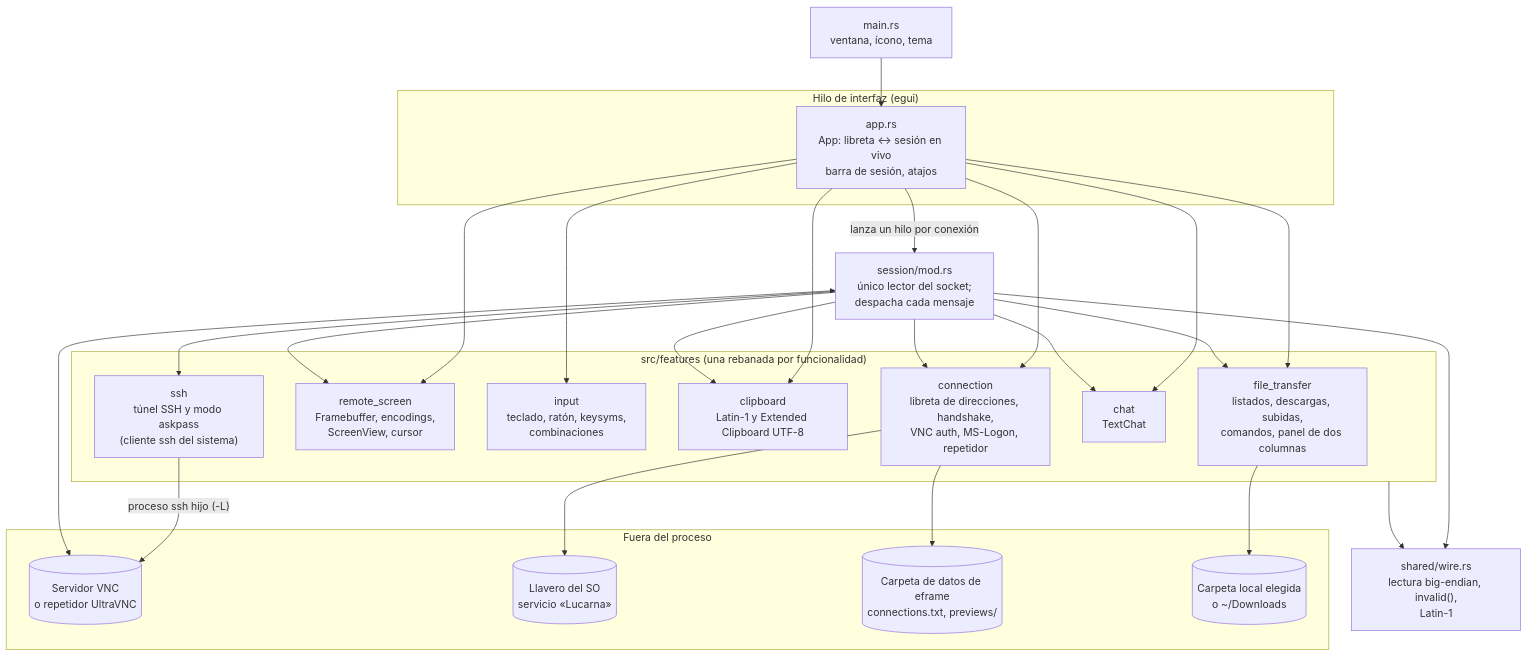
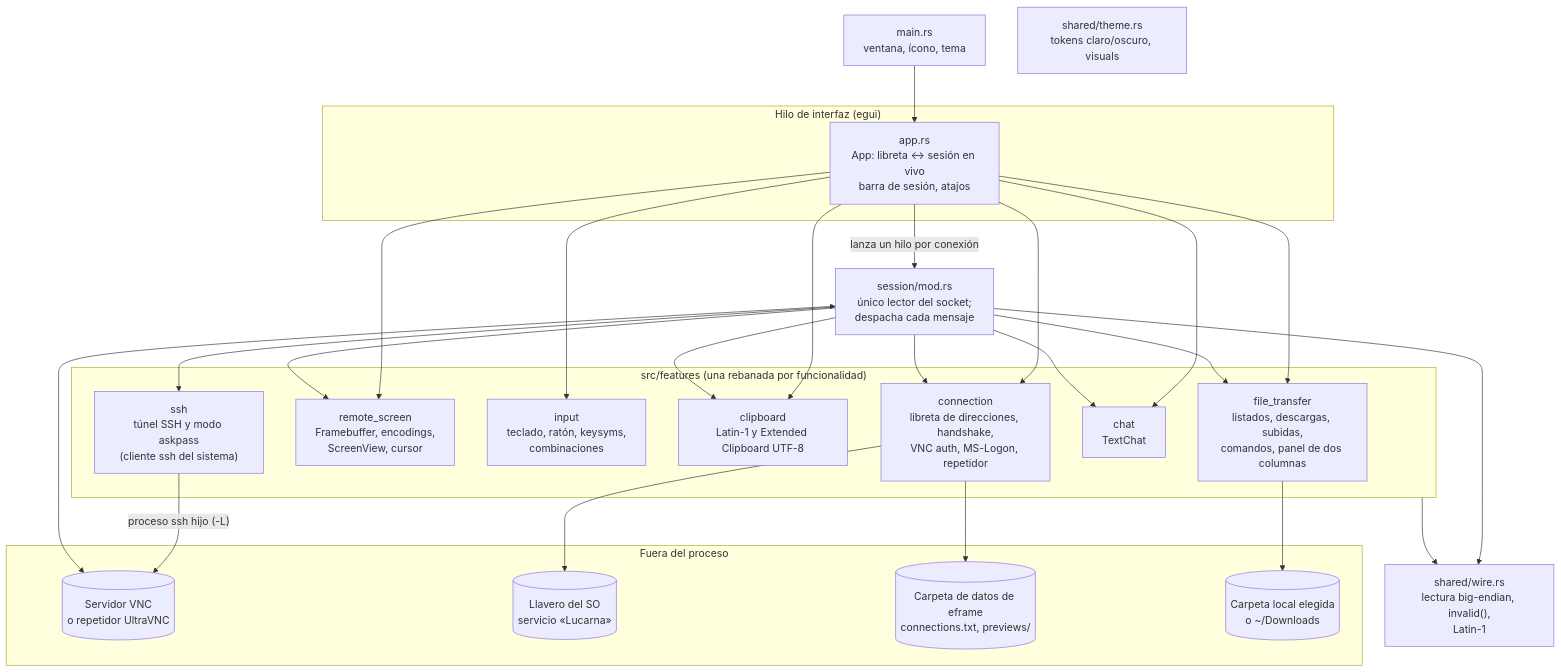
Before and after one commit to BuilderJoy/lucarna: the first of 6 diagrams in docs/ARCHITECTURE.md, drawn with Mermaid. The commit also changed 10 other files, not shown here.

````diff
--- a/docs/ARCHITECTURE.md
+++ b/docs/ARCHITECTURE.md
@@ -19,39 +19,40 @@
 ```mermaid
 flowchart TB
     main["main.rs<br/>ventana, ícono, tema"] --> app
 
     subgraph UI["Hilo de interfaz (egui)"]
         app["app.rs<br/>App: libreta ↔ sesión en vivo<br/>barra de sesión, atajos"]
     end
 
     subgraph F["src/features (una rebanada por funcionalidad)"]
         connection["connection<br/>libreta de direcciones, handshake,<br/>VNC auth, MS-Logon, repetidor"]
         screen["remote_screen<br/>Framebuffer, encodings,<br/>ScreenView, cursor"]
         input["input<br/>teclado, ratón, keysyms,<br/>combinaciones"]
         clipboard["clipboard<br/>Latin-1 y Extended Clipboard UTF-8"]
         ft["file_transfer<br/>listados, descargas, subidas,<br/>comandos, panel de dos columnas"]
         chat["chat<br/>TextChat"]
         ssh["ssh<br/>túnel SSH y modo askpass<br/>(cliente ssh del sistema)"]
     end
 
     session["session/mod.rs<br/>único lector del socket;<br/>despacha cada mensaje"]
     wire["shared/wire.rs<br/>lectura big-endian, invalid(),<br/>Latin-1"]
+    theme["shared/theme.rs<br/>tokens claro/oscuro, visuals"]
 
     app --> connection & screen & input & clipboard & ft & chat
     app -- "lanza un hilo por conexión" --> session
     session --> connection & screen & clipboard & ft & chat & ssh
     ssh -- "proceso ssh hijo (-L)" --> server
     F --> wire
     session --> wire
 
     subgraph EXT["Fuera del proceso"]
         server[("Servidor VNC<br/>o repetidor UltraVNC")]
         keychain[("Llavero del SO<br/>servicio «Lucarna»")]
         disk[("Carpeta de datos de eframe<br/>connections.txt, previews/")]
         downloads[("Carpeta local elegida<br/>o ~/Downloads")]
     end
 
     session <--> server
     connection --> keychain & disk
     ft --> downloads
 ```
````
